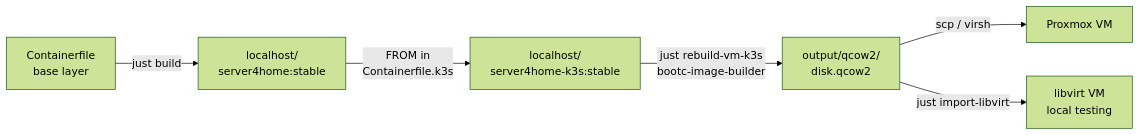
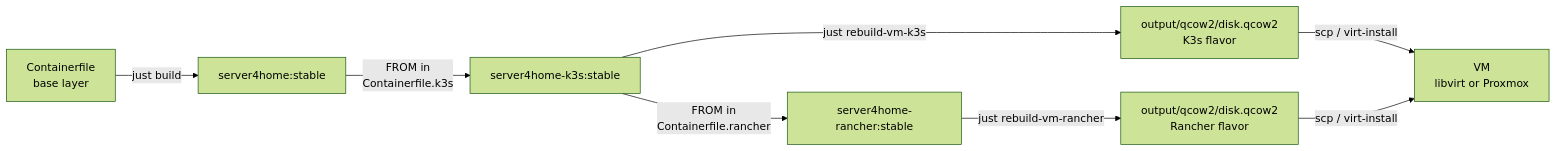
One commit to dx4homelab/server4home changed the first of 3 diagrams in docs/k3s-rancher-vms.md. Above: the diagram before and after it, drawn with Mermaid (forest theme). The commit also changed other lines of this file and 15 other files, not shown here.

````diff
--- a/docs/k3s-rancher-vms.md
+++ b/docs/k3s-rancher-vms.md
@@ -11,8 +11,10 @@
 ```mermaid
 flowchart LR
-    A[Containerfile<br/>base layer] -->|just build| B[localhost/<br/>server4home:stable]
-    B -->|FROM in<br/>Containerfile.k3s| C[localhost/<br/>server4home-k3s:stable]
-    C -->|just rebuild-vm-k3s<br/>bootc-image-builder| D[output/qcow2/<br/>disk.qcow2]
-    D -->|scp / virsh| E1[Proxmox VM]
-    D -->|just import-libvirt| E2[libvirt VM<br/>local testing]
+    A[Containerfile<br/>base layer] -->|just build| B[server4home:stable]
+    B -->|FROM in<br/>Containerfile.k3s| C[server4home-k3s:stable]
+    C -->|FROM in<br/>Containerfile.rancher| C2[server4home-rancher:stable]
+    C -->|just rebuild-vm-k3s| D1[output/qcow2/disk.qcow2<br/>K3s flavor]
+    C2 -->|just rebuild-vm-rancher| D2[output/qcow2/disk.qcow2<br/>Rancher flavor]
+    D1 -->|scp / virt-install| E[VM<br/>libvirt or Proxmox]
+    D2 -->|scp / virt-install| E
 ```
````
